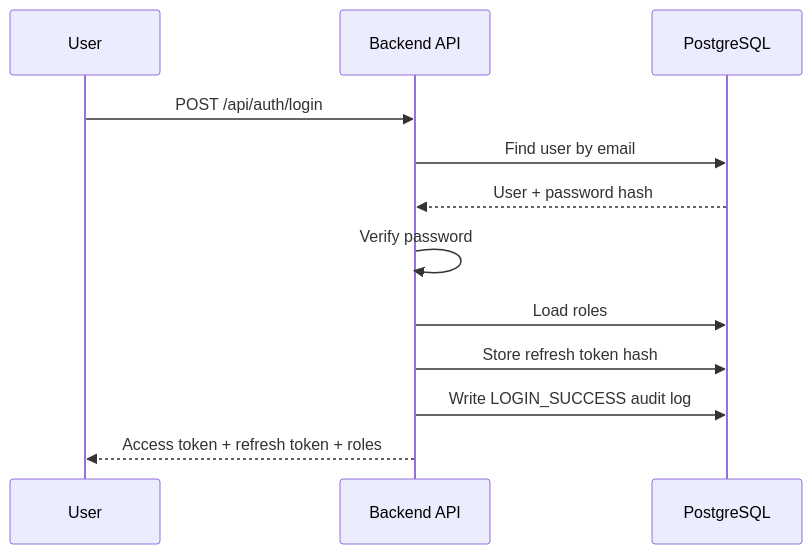
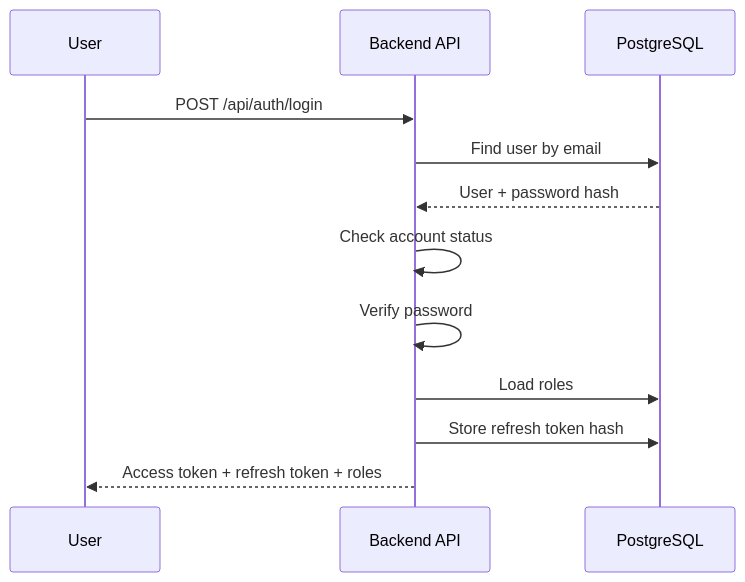
The first of 5 diagrams in blueprint/specs/auth.md (NguyenThanhTien539/unihub-workshop-system), drawn with Mermaid before and after one commit. The commit also changed other lines of this file and 8 other files, not shown here.

````diff
--- a/blueprint/specs/auth.md
+++ b/blueprint/specs/auth.md
@@ -95,15 +56,15 @@
 ```mermaid
 sequenceDiagram
     participant U as User
     participant API as Backend API
     participant DB as PostgreSQL
 
     U->>API: POST /api/auth/login
     API->>DB: Find user by email
     DB-->>API: User + password hash
+    API->>API: Check account status
     API->>API: Verify password
     API->>DB: Load roles
     API->>DB: Store refresh token hash
-    API->>DB: Write LOGIN_SUCCESS audit log
     API-->>U: Access token + refresh token + roles
 ```
````
